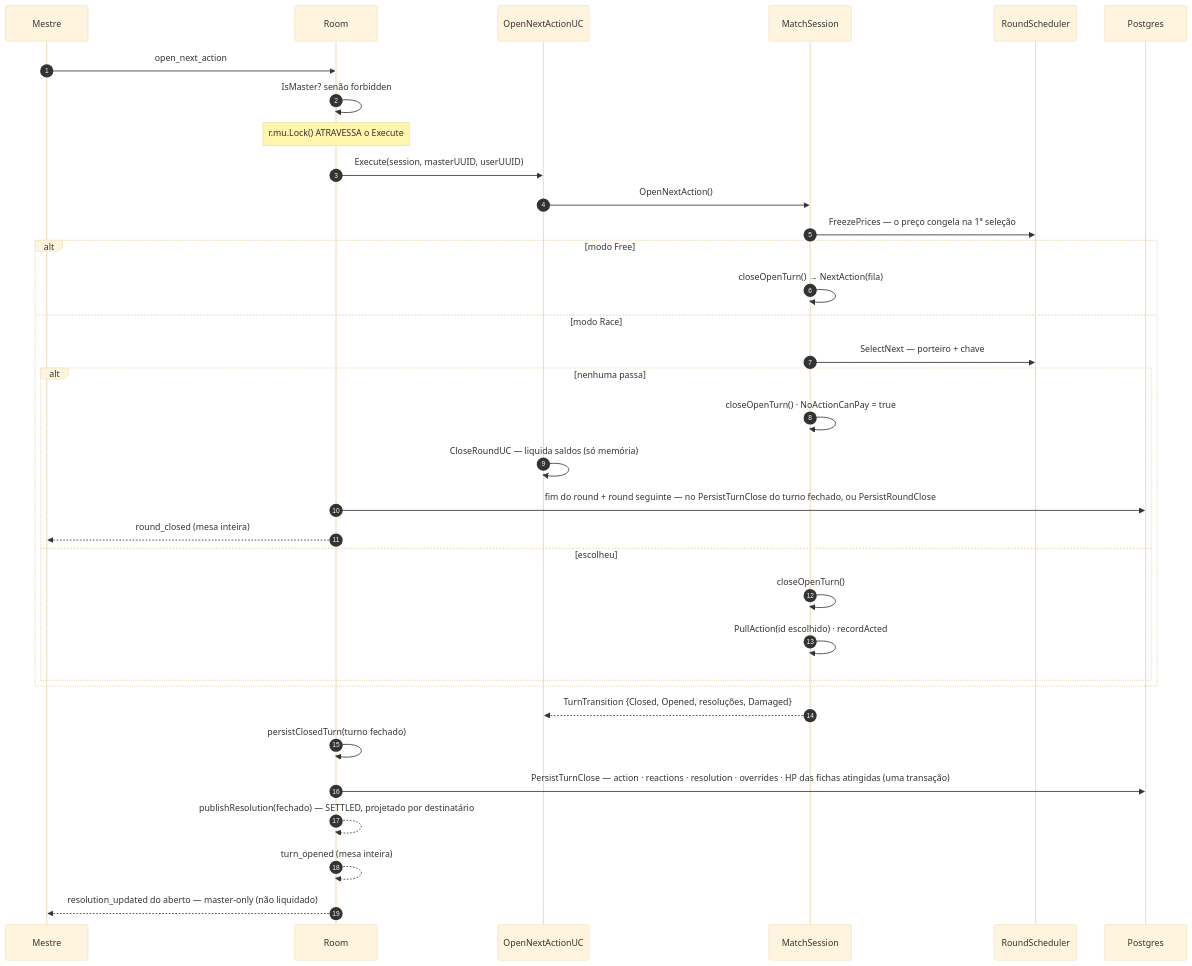
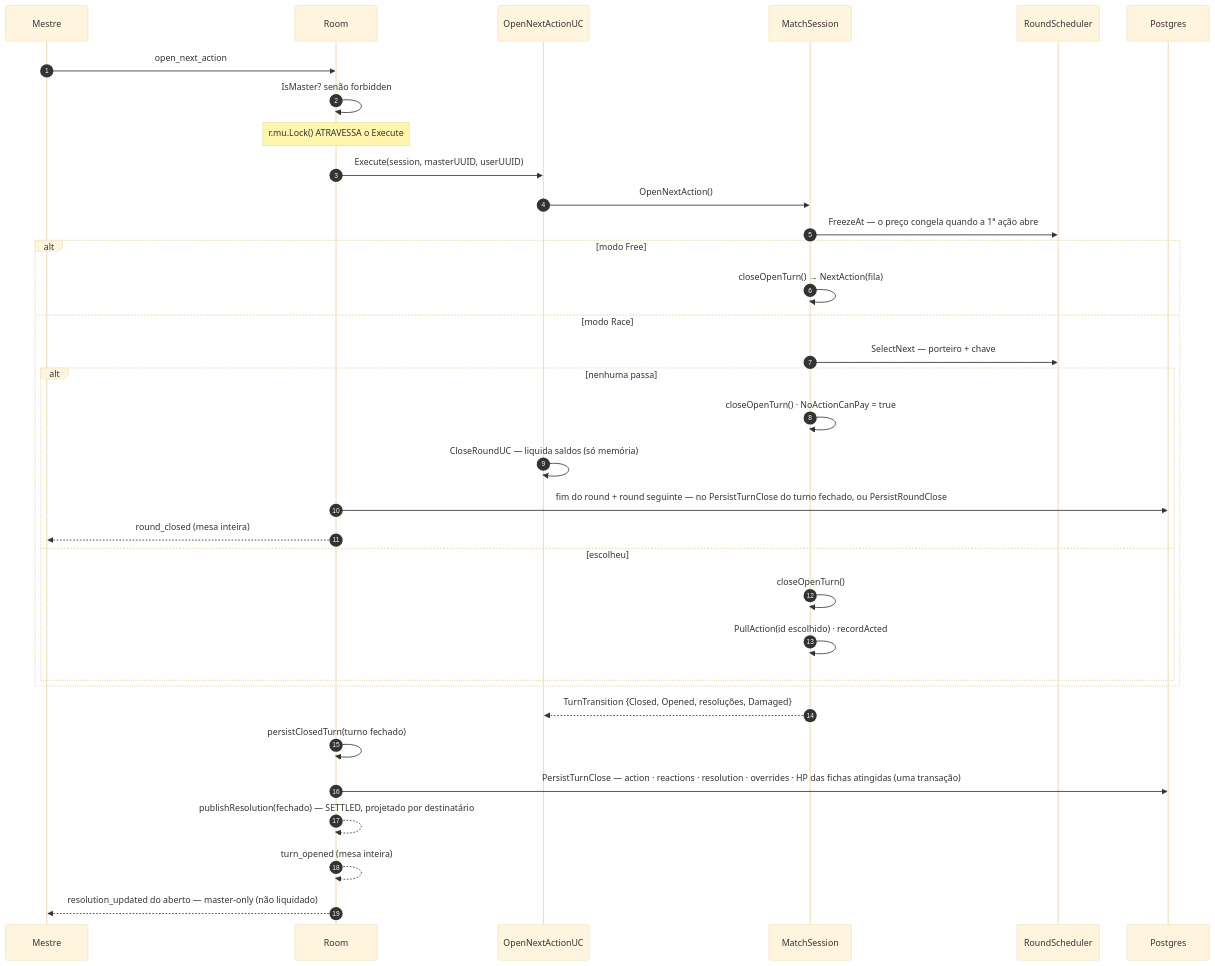
The third of 7 diagrams in docs/dev/match/flows/03-fluxo-de-acao.md (422UR4H/HxH_RPG_System), drawn with Mermaid (base theme) before and after one commit. The commit also changed 9 other files, not shown here.

````diff
--- a/docs/dev/match/flows/03-fluxo-de-acao.md
+++ b/docs/dev/match/flows/03-fluxo-de-acao.md
@@ -105,37 +105,37 @@
 ```mermaid
 sequenceDiagram
     autonumber
     participant M as Mestre
     participant R as Room
     participant UC as OpenNextActionUC
     participant S as MatchSession
     participant SCH as RoundScheduler
     participant DB as Postgres
 
     M->>R: open_next_action
     R->>R: IsMaster? senão forbidden
     Note over R: r.mu.Lock() ATRAVESSA o Execute
     R->>UC: Execute(session, masterUUID, userUUID)
     UC->>S: OpenNextAction()
-    S->>SCH: FreezePrices — o preço congela na 1ª seleção
+    S->>SCH: FreezeAt — o preço congela quando a 1ª ação abre
     alt modo Free
         S->>S: closeOpenTurn() → NextAction(fila)
     else modo Race
         S->>SCH: SelectNext — porteiro + chave
         alt nenhuma passa
             S->>S: closeOpenTurn() · NoActionCanPay = true
             UC->>UC: CloseRoundUC — liquida saldos (só memória)
             R->>DB: fim do round + round seguinte — no PersistTurnClose do turno fechado, ou PersistRoundClose
             R-->>M: round_closed (mesa inteira)
         else escolheu
             S->>S: closeOpenTurn()
             S->>S: PullAction(id escolhido) · recordActed
         end
     end
     S-->>UC: TurnTransition {Closed, Opened, resoluções, Damaged}
     R->>R: persistClosedTurn(turno fechado)
     R->>DB: PersistTurnClose — action · reactions · resolution · overrides · HP das fichas atingidas (uma transação)
     R-->>R: publishResolution(fechado) — SETTLED, projetado por destinatário
     R-->>R: turn_opened (mesa inteira)
     R-->>M: resolution_updated do aberto — master-only (não liquidado)
 ```
````
